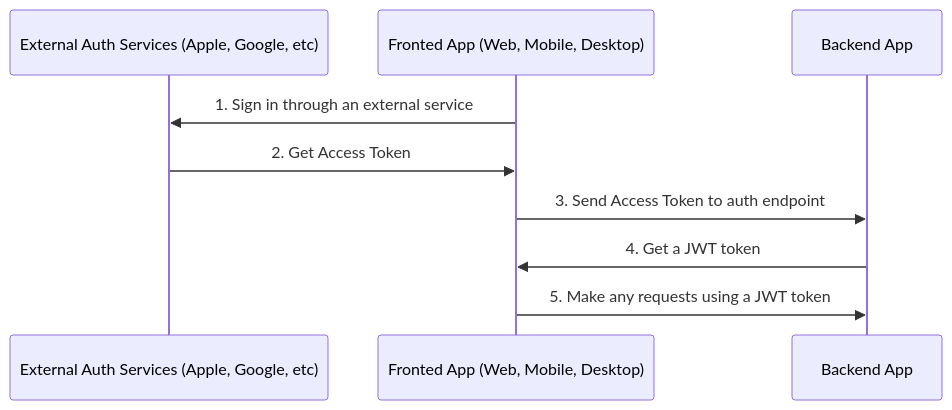
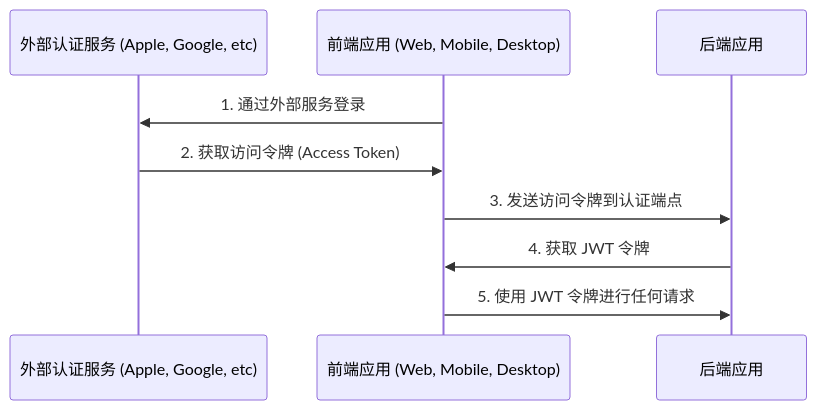
The second of 2 diagrams in docs/auth.md (hankaibo/myhospital-nest), drawn with Mermaid before and after one commit. The commit also changed other lines of this file and 31 other files, not shown here.

````diff
--- a/docs/auth.md
+++ b/docs/auth.md
@@ -45,12 +47,12 @@
 ```mermaid
 sequenceDiagram
-    participant B as External Auth Services (Apple, Google, etc)
-    participant A as Fronted App (Web, Mobile, Desktop)
-    participant C as Backend App
+    participant B as 外部认证服务 (Apple, Google, etc)
+    participant A as 前端应用 (Web, Mobile, Desktop)
+    participant C as 后端应用
 
-    A->>B: 1. Sign in through an external service
-    B->>A: 2. Get Access Token
-    A->>C: 3. Send Access Token to auth endpoint
-    C->>A: 4. Get a JWT token
-    A->>C: 5. Make any requests using a JWT token
+    A->>B: 1. 通过外部服务登录
+    B->>A: 2. 获取访问令牌 (Access Token)
+    A->>C: 3. 发送访问令牌到认证端点
+    C->>A: 4. 获取 JWT 令牌
+    A->>C: 5. 使用 JWT 令牌进行任何请求
 ```
````
